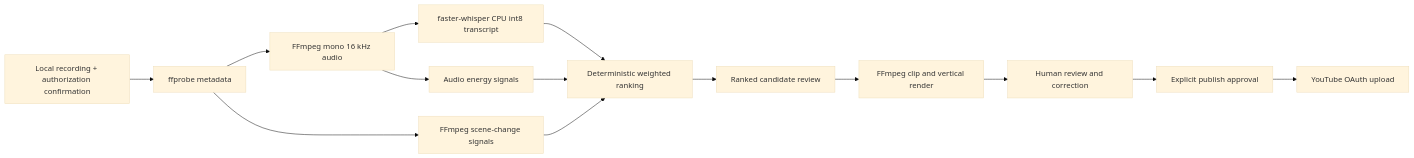
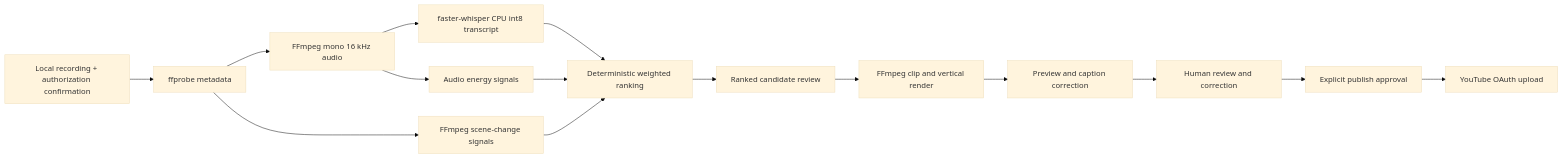
One commit to kavinash0310/clipforge-ai changed the second of 2 diagrams in ARCHITECTURE.md. Above: the diagram before and after it, drawn with Mermaid (base theme). The commit also changed other lines of this file and 18 other files, not shown here.

````diff
--- a/ARCHITECTURE.md
+++ b/ARCHITECTURE.md
@@ -24,16 +27,17 @@
 ```mermaid
 flowchart LR
     Import[Local recording + authorization confirmation] --> Probe[ffprobe metadata]
     Probe --> Extract[FFmpeg mono 16 kHz audio]
     Extract --> ASR[faster-whisper CPU int8 transcript]
     Extract --> Signals[Audio energy signals]
     Probe --> Scenes[FFmpeg scene-change signals]
     ASR --> Score[Deterministic weighted ranking]
     Signals --> Score
     Scenes --> Score
     Score --> Review[Ranked candidate review]
     Review --> Render[FFmpeg clip and vertical render]
-    Render --> Approval[Human review and correction]
+    Render --> Preview[Preview and caption correction]
+    Preview --> Approval[Human review and correction]
     Approval --> PublishApproval[Explicit publish approval]
     PublishApproval --> YouTube[YouTube OAuth upload]
 ```
````
